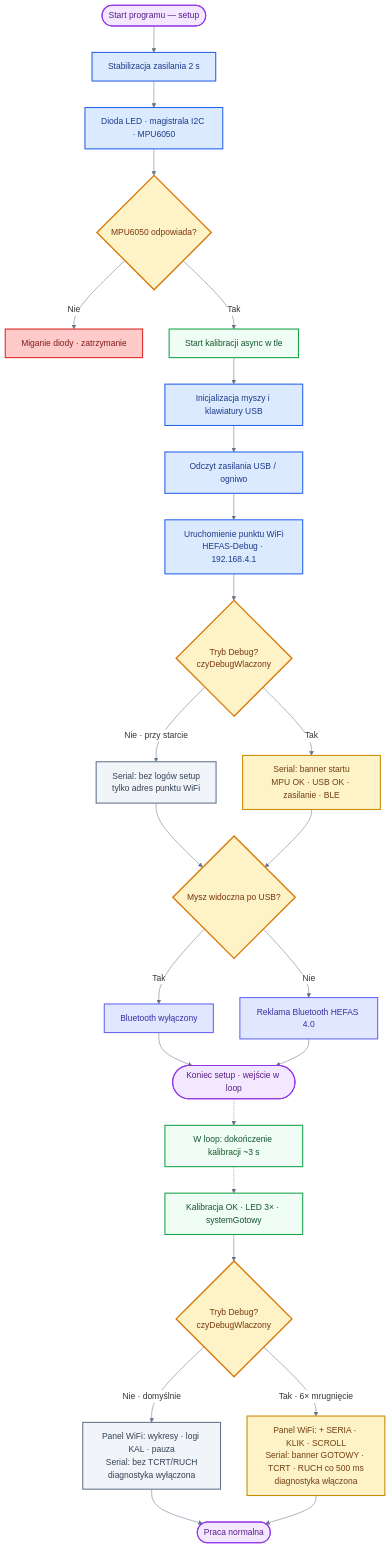
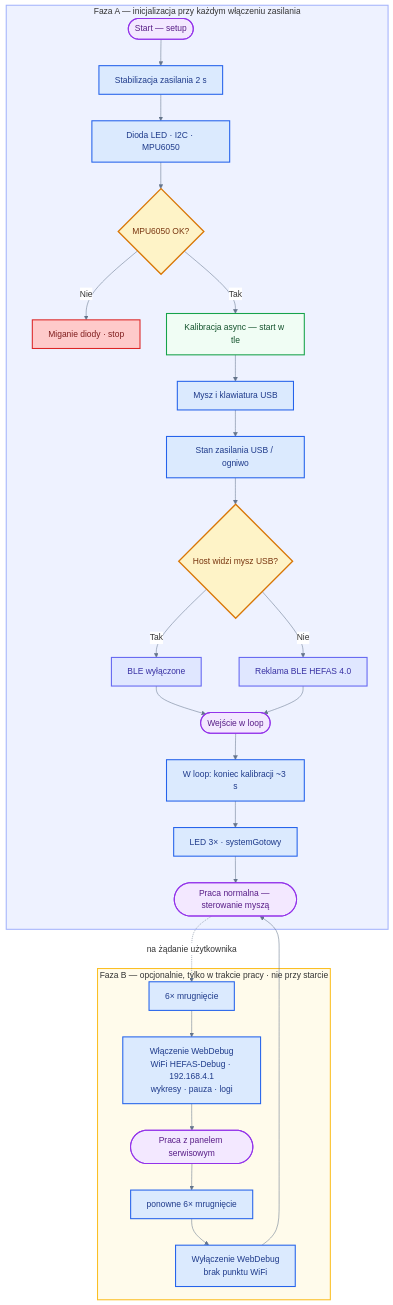
Before and after one commit to bartkadres-ai/HEFAS-4.0: the second of 10 diagrams in README.md, drawn with Mermaid. The commit also changed other lines of this file, not shown here.

````diff
--- a/README.md
+++ b/README.md
@@ -332,50 +335,46 @@
 ```mermaid
 %%{init: { 'theme': 'default', 'themeVariables': { 'darkMode': false, 'background': '#ffffff', 'mainBkg': '#ffffff', 'primaryColor': '#ffffff', 'secondaryColor': '#ffffff', 'tertiaryColor': '#ffffff', 'primaryTextColor': '#1e293b', 'secondaryTextColor': '#334155', 'lineColor': '#64748b', 'primaryBorderColor': '#94a3b8', 'clusterBkg': '#f1f5f9', 'clusterBorder': '#94a3b8', 'edgeLabelBackground': '#ffffff', 'noteBkgColor': '#f8fafc', 'noteTextColor': '#475569', 'fontFamily': 'arial' }}}%%
 flowchart TD
-    START([Start programu — setup]) --> WAIT["Stabilizacja zasilania 2 s"]
-    WAIT --> HW["Dioda LED · magistrala I2C · MPU6050"]
-    HW --> MPU{"MPU6050 odpowiada?"}
-    MPU -->|Nie| FATAL["Miganie diody · zatrzymanie"]
-    MPU -->|Tak| KAL["Start kalibracji async w tle"]
-    KAL --> USB["Inicjalizacja myszy i klawiatury USB"]
-    USB --> ZAS["Odczyt zasilania USB / ogniwo"]
-    ZAS --> AP["Uruchomienie punktu WiFi<br/>HEFAS-Debug · 192.168.4.1"]
+    subgraph INIT["Faza A — inicjalizacja przy każdym włączeniu zasilania"]
+        START([Start — setup]) --> WAIT["Stabilizacja zasilania 2 s"]
+        WAIT --> HW["Dioda LED · I2C · MPU6050"]
+        HW --> MPU{"MPU6050 OK?"}
+        MPU -->|Nie| FATAL["Miganie diody · stop"]
+        MPU -->|Tak| KAL["Kalibracja async — start w tle"]
+        KAL --> USB["Mysz i klawiatura USB"]
+        USB --> ZAS["Stan zasilania USB / ogniwo"]
+        ZAS --> CHAN{"Host widzi mysz USB?"}
+        CHAN -->|Tak| USBONLY["BLE wyłączone"]
+        CHAN -->|Nie| BLEON["Reklama BLE HEFAS 4.0"]
+        USBONLY --> LOOPENTRY([Wejście w loop])
+        BLEON --> LOOPENTRY
+        LOOPENTRY --> KALDONE["W loop: koniec kalibracji ~3 s"]
+        KALDONE --> READY["LED 3× · systemGotowy"]
+        READY --> PRACA([Praca normalna — sterowanie myszą])
+    end
 
-    AP --> DBG1{"Tryb Debug?<br/>czyDebugWlaczony"}
-    DBG1 -->|Nie · przy starcie| D1N["Serial: bez logów setup<br/>tylko adres punktu WiFi"]
-    DBG1 -->|Tak| D1Y["Serial: banner startu<br/>MPU OK · USB OK · zasilanie · BLE"]
-    D1N --> CHAN
-    D1Y --> CHAN
+    subgraph WEBOPT["Faza B — opcjonalnie, tylko w trakcie pracy · nie przy starcie"]
+        MRUG6["6× mrugnięcie"] --> WLACZ["Włączenie WebDebug<br/>WiFi HEFAS-Debug · 192.168.4.1<br/>wykresy · pauza · logi"]
+        WLACZ --> PRACADBG([Praca z panelem serwisowym])
+        PRACADBG --> MRUG6OFF["ponowne 6× mrugnięcie"]
+        MRUG6OFF --> WYLACZ["Wyłączenie WebDebug<br/>brak punktu WiFi"]
+        WYLACZ --> PRACA
+    end
 
-    CHAN{"Mysz widoczna po USB?"}
-    CHAN -->|Tak| USBONLY["Bluetooth wyłączony"]
-    CHAN -->|Nie| BLEON["Reklama Bluetooth HEFAS 4.0"]
-    USBONLY --> LOOP
-    BLEON --> LOOP([Koniec setup · wejście w loop])
-
-    LOOP -.-> KALLOOP["W loop: dokończenie kalibracji ~3 s"]
-    KALLOOP -.-> READY["Kalibracja OK · LED 3× · systemGotowy"]
-
-    READY --> DBG2{"Tryb Debug?<br/>czyDebugWlaczony"}
-    DBG2 -->|Nie · domyślnie| D2N["Panel WiFi: wykresy · logi KAL · pauza<br/>Serial: bez TCRT/RUCH<br/>diagnostyka wyłączona"]
-    DBG2 -->|Tak · 6× mrugnięcie| D2Y["Panel WiFi: + SERIA · KLIK · SCROLL<br/>Serial: banner GOTOWY · TCRT · RUCH co 500 ms<br/>diagnostyka włączona"]
-    D2N --> KON([Praca normalna])
-    D2Y --> KON
+    PRACA -.->|"na żądanie użytkownika"| MRUG6
 
     classDef startEnd fill:#f3e8ff,stroke:#9333ea,stroke-width:2px,color:#581c87
     classDef process fill:#dbeafe,stroke:#2563eb,stroke-width:2px,color:#1e3a8a
     classDef bad fill:#fecaca,stroke:#dc2626,stroke-width:2px,color:#7f1d1d
     classDef decision fill:#fef3c7,stroke:#d97706,stroke-width:2.5px,color:#78350f
     classDef branch fill:#e0e7ff,stroke:#6366f1,stroke-width:2px,color:#3730a3
     classDef async fill:#f0fdf4,stroke:#16a34a,stroke-width:2px,color:#14532d
-    classDef dbgNo fill:#f1f5f9,stroke:#64748b,stroke-width:2px,color:#334155
-    classDef dbgYes fill:#fef3c7,stroke:#ca8a04,stroke-width:2px,color:#713f12
-    class START,LOOP,KON startEnd
-    class WAIT,HW,USB,ZAS,AP process
-    class KAL,KALLOOP,READY async
+    class START,LOOPENTRY,PRACA,PRACADBG startEnd
+    class WAIT,HW,USB,ZAS,KALDONE,READY,MRUG6,WLACZ,MRUG6OFF,WYLACZ process
+    class KAL async
     class FATAL bad
-    class MPU,CHAN,DBG1,DBG2 decision
+    class MPU,CHAN decision
     class USBONLY,BLEON branch
-    class D1N,D2N dbgNo
-    class D1Y,D2Y dbgYes
+    style INIT fill:#eef2ff,stroke:#a5b4fc,stroke-width:2px
+    style WEBOPT fill:#fffbeb,stroke:#fbbf24,stroke-width:2px
 ```
````
